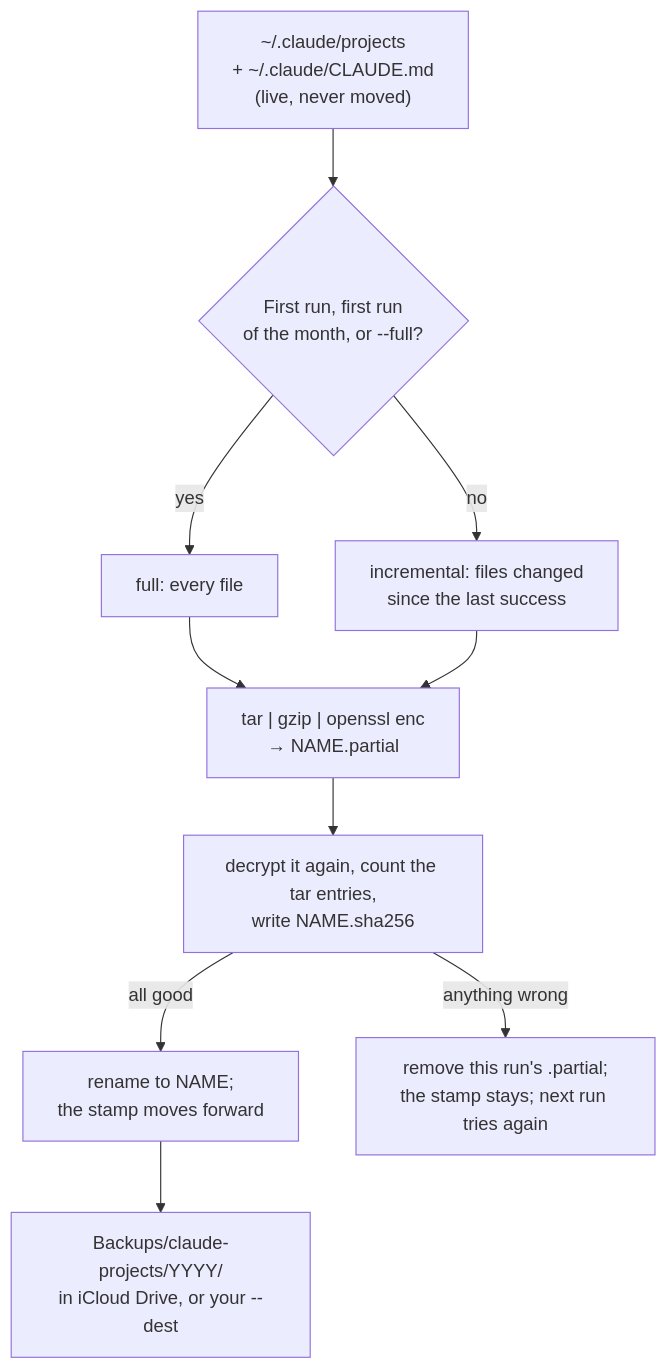
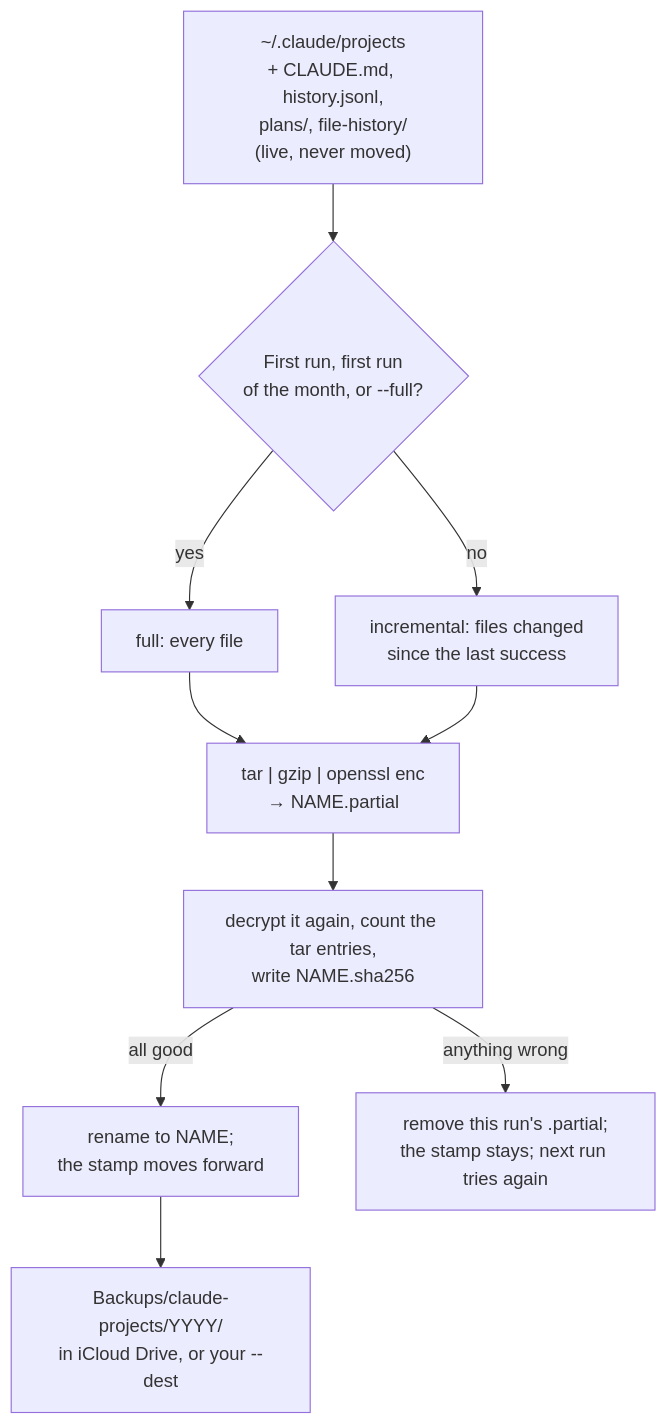
The diagram in walkthroughs/CLAUDE-PROJECTS-ARCHIVE.md (drasticstatic/my-template), drawn with Mermaid before and after one commit. The commit also changed other lines of this file, not shown here.

````diff
--- a/walkthroughs/CLAUDE-PROJECTS-ARCHIVE.md
+++ b/walkthroughs/CLAUDE-PROJECTS-ARCHIVE.md
@@ -34,12 +35,12 @@
 ```mermaid
 flowchart TD
-  L["~/.claude/projects<br/>+ ~/.claude/CLAUDE.md<br/>(live, never moved)"] --> Q{"First run, first run<br/>of the month, or --full?"}
+  L["~/.claude/projects<br/>+ CLAUDE.md, history.jsonl,<br/>plans/, file-history/<br/>(live, never moved)"] --> Q{"First run, first run<br/>of the month, or --full?"}
   Q -->|"yes"| F["full: every file"]
   Q -->|"no"| I["incremental: files changed<br/>since the last success"]
   F --> S["tar | gzip | openssl enc<br/>→ NAME.partial"]
   I --> S
   S --> V["decrypt it again, count the tar entries,<br/>write NAME.sha256"]
   V -->|"all good"| R["rename to NAME;<br/>the stamp moves forward"]
   V -->|"anything wrong"| X["remove this run's .partial;<br/>the stamp stays; next run tries again"]
   R --> D["Backups/claude-projects/YYYY/<br/>in iCloud Drive, or your --dest"]
 ```
````
